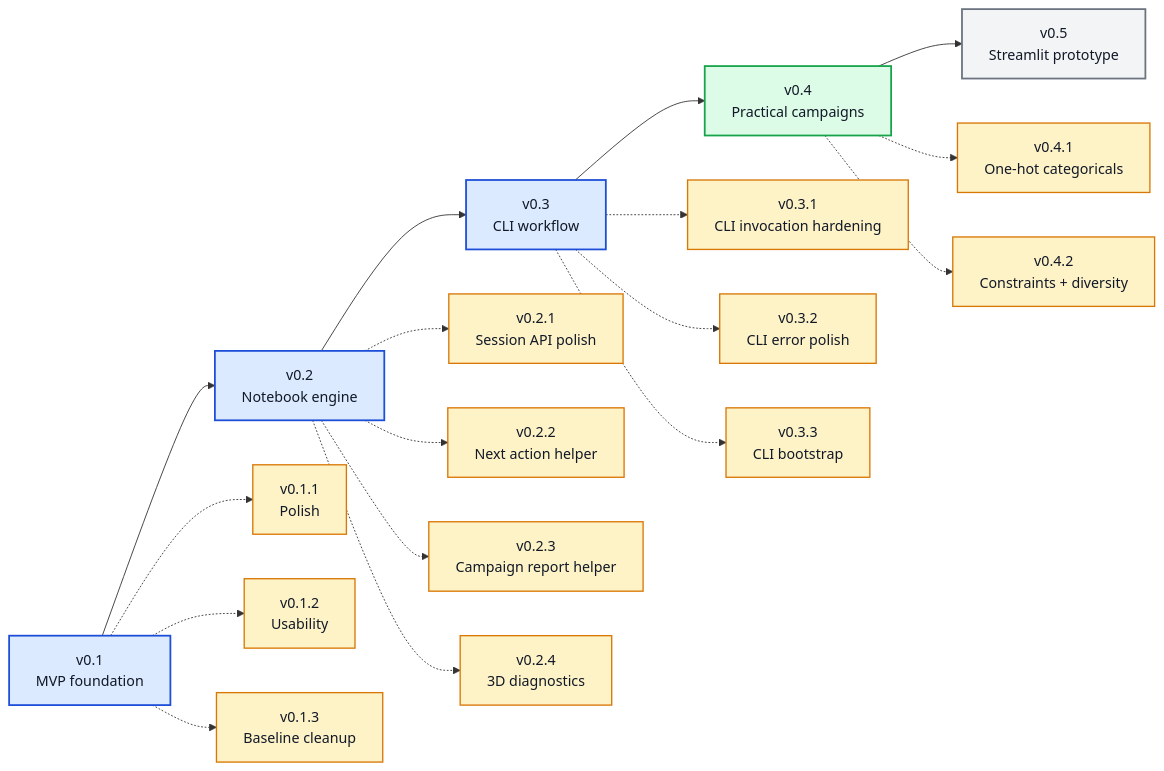
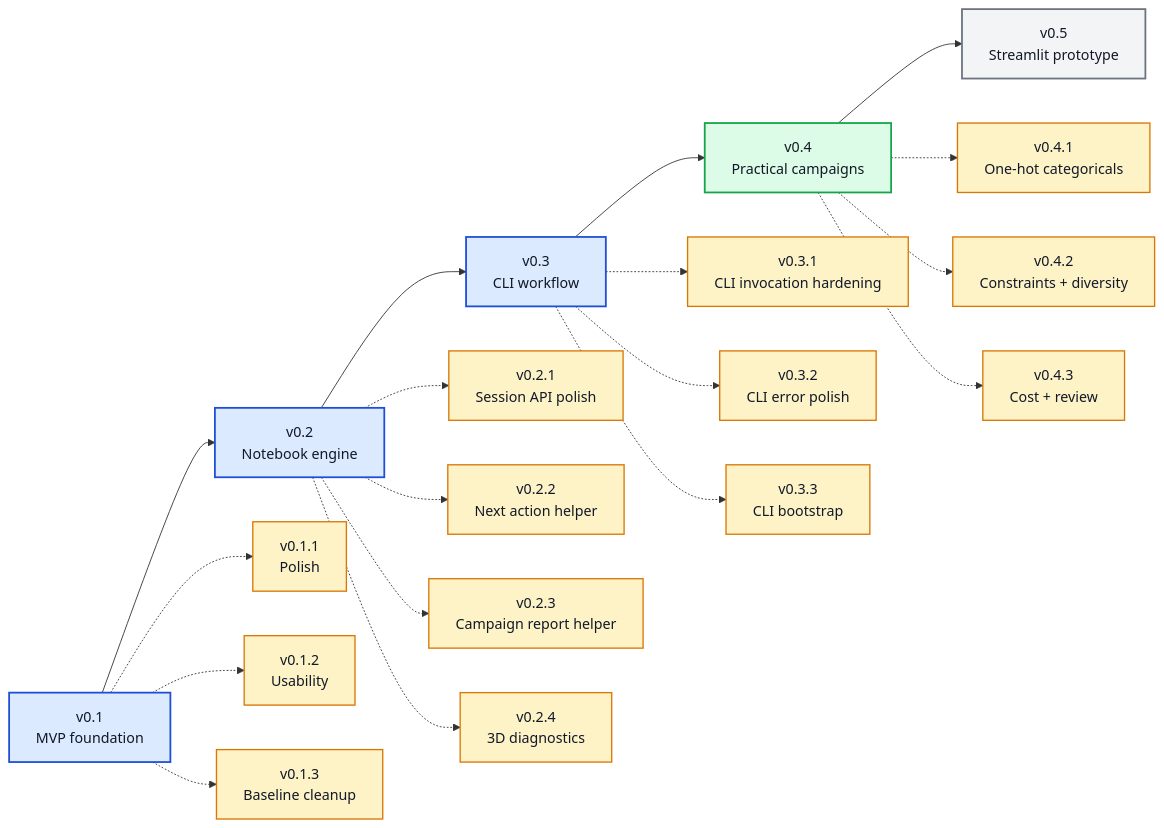
One commit to angzeli/bo-forge changed the diagram in ROADMAP.md. Above: the diagram before and after it, drawn with Mermaid. The commit also changed other lines of this file and 26 other files, not shown here.

````diff
--- a/ROADMAP.md
+++ b/ROADMAP.md
@@ -7,40 +7,42 @@
 ```mermaid
 flowchart LR
     v01["v0.1<br/>MVP foundation"] --> v02["v0.2<br/>Notebook engine"] --> v03["v0.3<br/>CLI workflow"] --> v04["v0.4<br/>Practical campaigns"] --> v05["v0.5<br/>Streamlit prototype"]
 
     v011["v0.1.1<br/>Polish"]
     v012["v0.1.2<br/>Usability"]
     v013["v0.1.3<br/>Baseline cleanup"]
     v021["v0.2.1<br/>Session API polish"]
     v022["v0.2.2<br/>Next action helper"]
     v023["v0.2.3<br/>Campaign report helper"]
     v024["v0.2.4<br/>3D diagnostics"]
     v031["v0.3.1<br/>CLI invocation hardening"]
     v032["v0.3.2<br/>CLI error polish"]
     v033["v0.3.3<br/>CLI bootstrap"]
     v041["v0.4.1<br/>One-hot categoricals"]
     v042["v0.4.2<br/>Constraints + diversity"]
+    v043["v0.4.3<br/>Cost + review"]
     
     v01 -.-> v011
     v01 -.-> v012
     v01 -.-> v013
     v02 -.-> v021
     v02 -.-> v022
     v02 -.-> v023
     v02 -.-> v024
     v03 -.-> v031
     v03 -.-> v032
     v03 -.-> v033
     v04 -.-> v041
     v04 -.-> v042
+    v04 -.-> v043
     
     class v01,v02,v03 majorDone
     class v04 majorNext
     class v05 majorFuture
-    class v011,v012,v013,v021,v022,v023,v024,v031,v032,v033,v041,v042 patchDone
+    class v011,v012,v013,v021,v022,v023,v024,v031,v032,v033,v041,v042,v043 patchDone
 
     classDef majorDone fill:#dbeafe,stroke:#1d4ed8,stroke-width:2px,color:#111827;
     classDef majorNext fill:#dcfce7,stroke:#16a34a,stroke-width:2px,color:#111827;
     classDef majorFuture fill:#f3f4f6,stroke:#6b7280,stroke-width:2px,color:#111827;
     classDef patchDone fill:#fef3c7,stroke:#d97706,stroke-width:1.5px,color:#111827;
 ```
````
